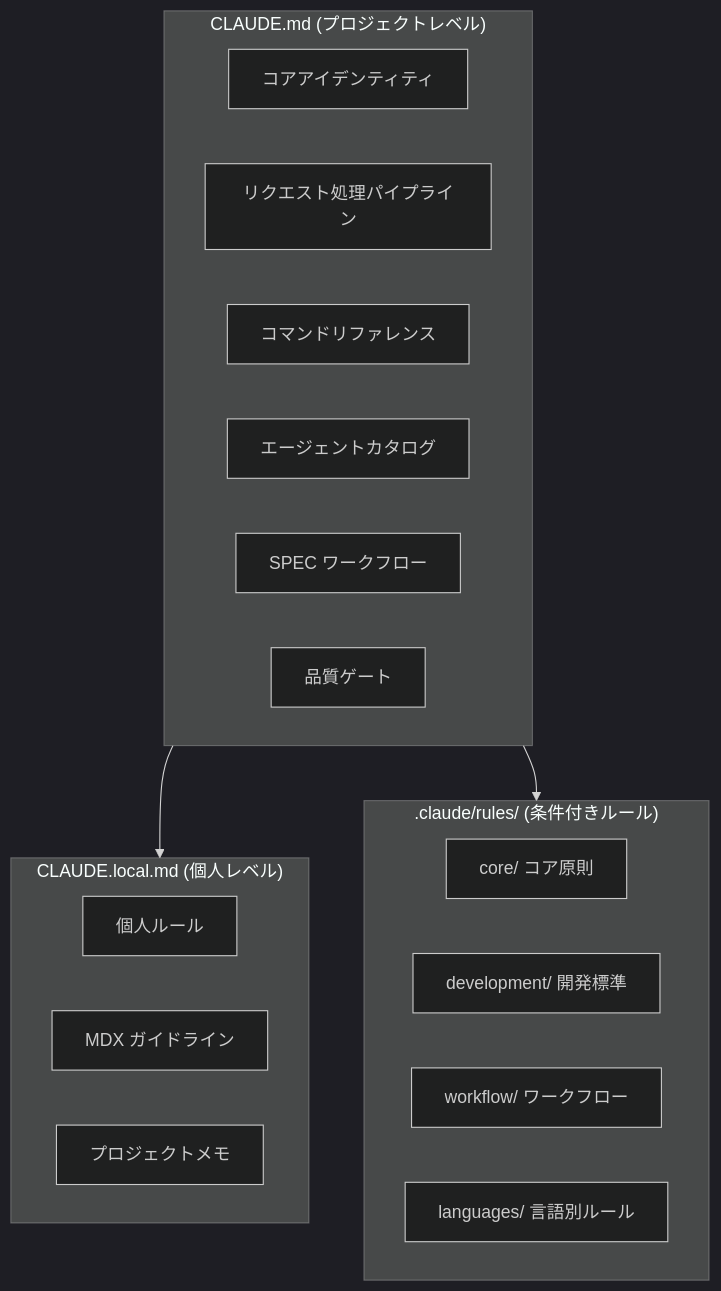
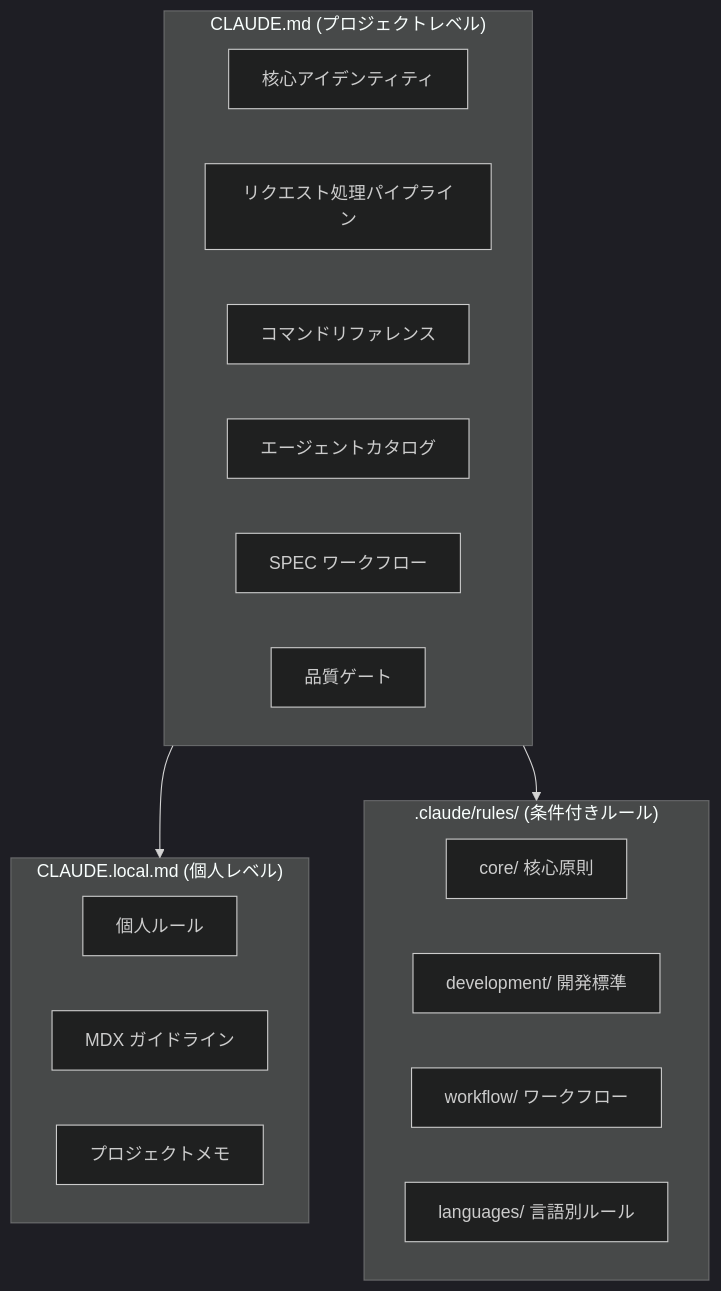
The first of 4 diagrams in docs-site/content/ja/advanced/claude-md-guide.md (modu-ai/moai-adk), drawn with Mermaid (dark theme) before and after one commit. The commit also changed other lines of this file and 180 other files, not shown here.

````diff
--- a/docs-site/content/ja/advanced/claude-md-guide.md
+++ b/docs-site/content/ja/advanced/claude-md-guide.md
@@ -23,28 +23,28 @@
 ```mermaid
 flowchart TD
     subgraph MAIN["CLAUDE.md (プロジェクトレベル)"]
-        M1["コアアイデンティティ"]
+        M1["核心アイデンティティ"]
         M2["リクエスト処理パイプライン"]
         M3["コマンドリファレンス"]
         M4["エージェントカタログ"]
         M5["SPEC ワークフロー"]
         M6["品質ゲート"]
     end
 
     subgraph LOCAL["CLAUDE.local.md (個人レベル)"]
         L1["個人ルール"]
         L2["MDX ガイドライン"]
         L3["プロジェクトメモ"]
     end
 
     subgraph RULES[".claude/rules/ (条件付きルール)"]
-        R1["core/ コア原則"]
+        R1["core/ 核心原則"]
         R2["development/ 開発標準"]
         R3["workflow/ ワークフロー"]
         R4["languages/ 言語別ルール"]
     end
 
     MAIN --> LOCAL
     MAIN --> RULES
 
 ```
````
